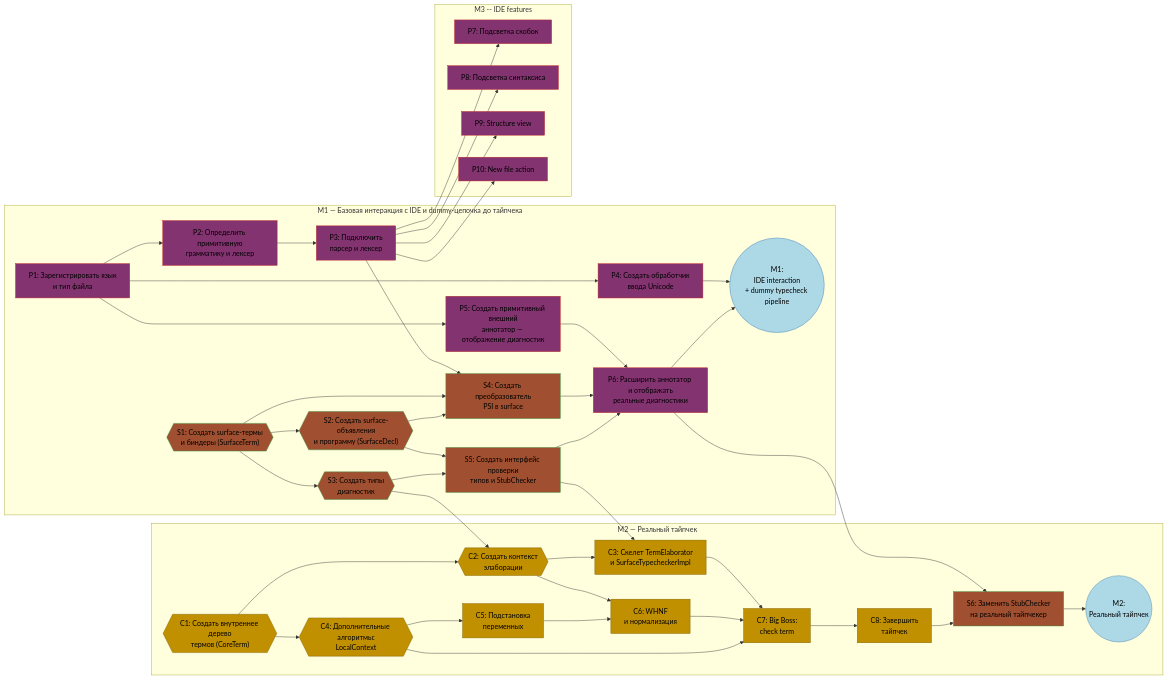
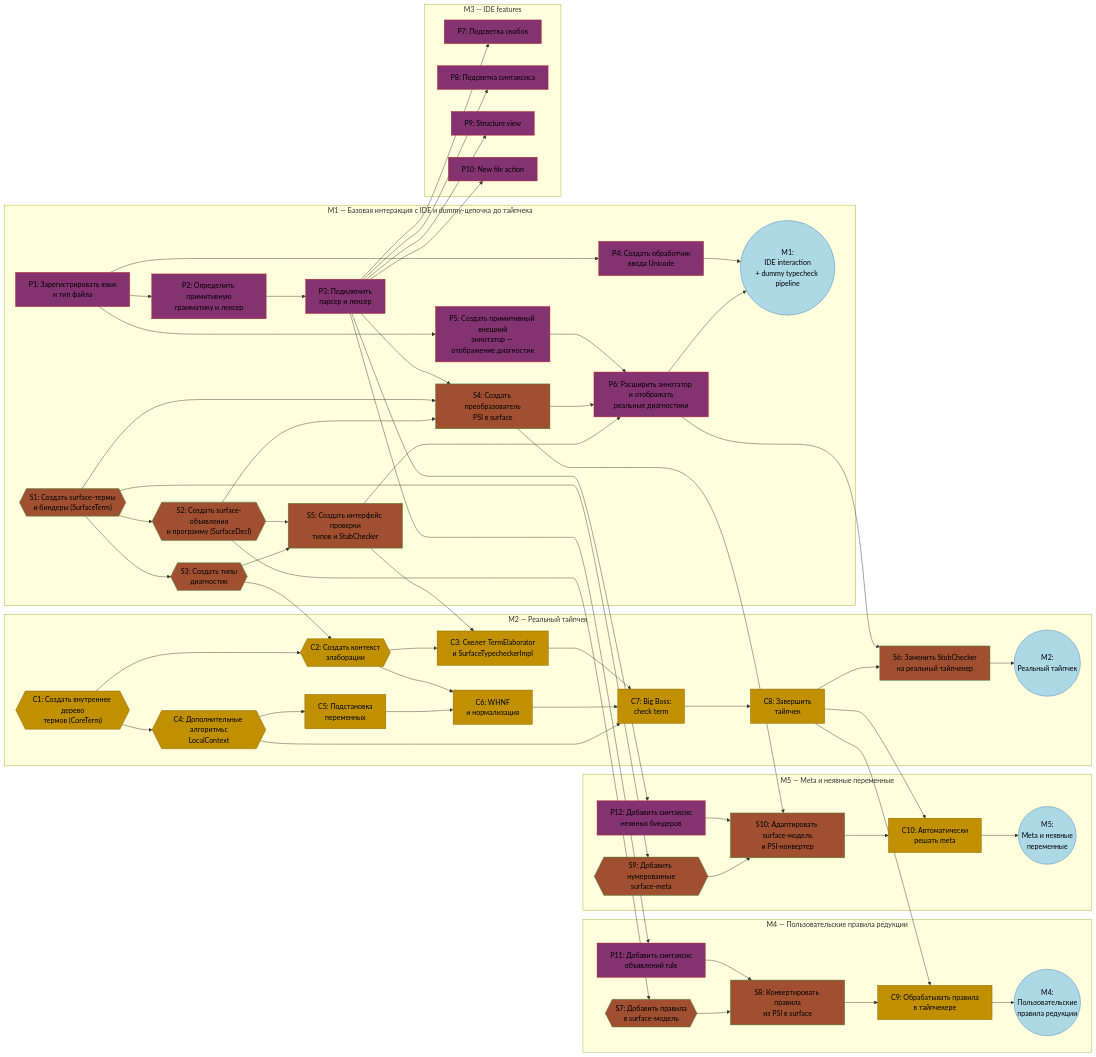
One commit to delta-summer-camp-team/delta-type-theory changed the diagram in docs/plan.md. Above: the diagram before and after it, drawn with Mermaid. The commit also changed other lines of this file and 1 other file, not shown here.

Commit message:
Meta-vars and rules

````diff
--- a/docs/plan.md
+++ b/docs/plan.md
@@ -9,6 +9,26 @@
 
 %% Milestones are neutral
     classDef milestone fill:#add8e6,stroke:#4682b4,color:#000
+
+
+    subgraph m4 ["M4 — Пользовательские правила редукции"]
+        P11["P11: Добавить синтаксис<br/>объявлений rule"]:::plugin
+        S7{{"S7: Добавить правила<br/>в surface-модель"}}:::surface
+        S8["S8: Конвертировать правила<br/>из PSI в surface"]:::surface
+        C9["C9: Обрабатывать правила<br/>в тайпчекере"]:::core
+
+        M4(("M4:<br/>Пользовательские<br/>правила редукции")):::milestone
+    end
+
+    subgraph m5 ["M5 — Meta и неявные переменные"]
+        P12["P12: Добавить синтаксис<br/>неявных биндеров"]:::plugin
+        S9{{"S9: Добавить нумерованные<br/>surface-meta"}}:::surface
+        S10["S10: Адаптировать surface-модель<br/>и PSI-конвертер"]:::surface
+        C10["C10: Автоматически<br/>решать meta"]:::core
+
+        M5(("M5:<br/>Meta и неявные<br/>переменные")):::milestone
+    end
+
 
     subgraph m1 ["M1 — Базовая интеракция с IDE и dummy-цепочка до тайпчека"]
         P1["P1: Зарегистрировать язык<br/>и тип файла"]:::plugin
@@ -110,4 +130,25 @@
     P3 --> P8
     P3 --> P9
     P3 --> P10
+
+%% Milestone 4: user-defined reduction rules
+
+    P3 --> P11
+    S2 --> S7
+    P11 --> S8
+    S7 --> S8
+    S8 --> C9
+    C8 --> C9
+    C9 --> M4
+
+%% Milestone 5: metas and implicit binders
+
+    P3 --> P12
+    S1 --> S9
+    P12 --> S10
+    S9 --> S10
+    S4 --> S10
+    S10 --> C10
+    C8 --> C10
+    C10 --> M5
 ```
````
